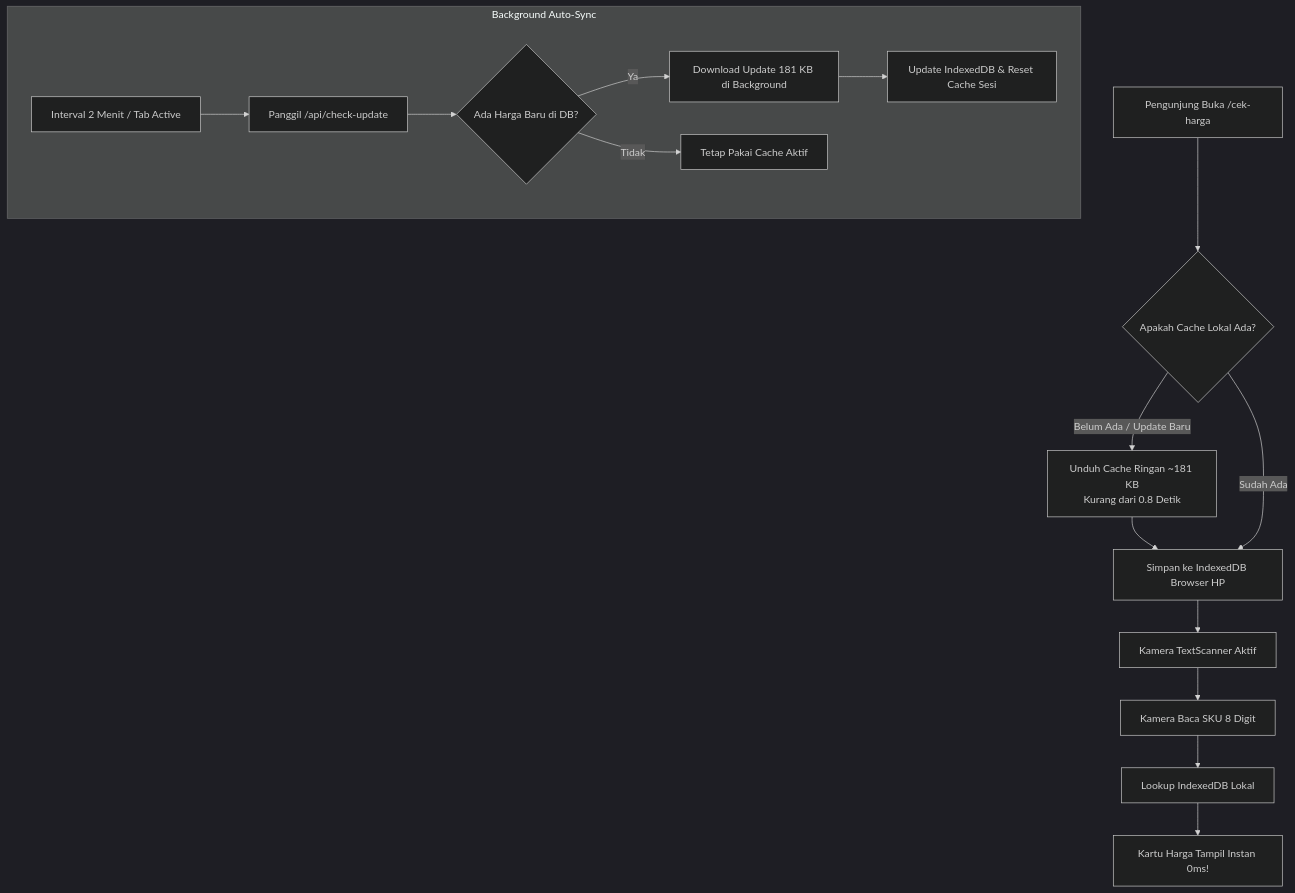
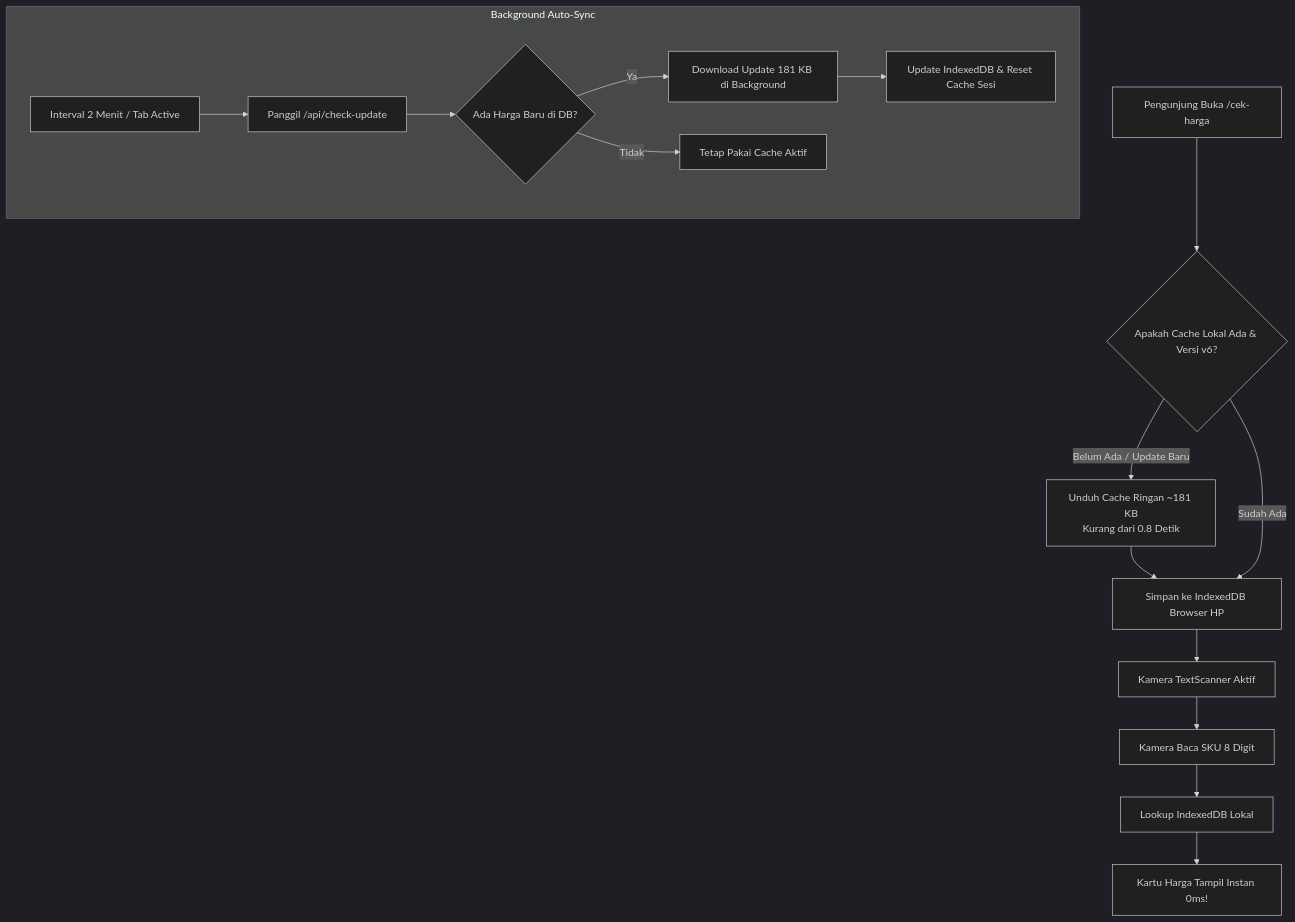
Before and after one commit to luqmanmenmen/CheckPrice: the diagram in WALKTHROUGH_KIOSK.md, drawn with Mermaid (dark theme). The commit also changed other lines of this file and 3 other files, not shown here.

Commit message:
fix(cek-harga): strip article code from product title and support UI/UX for BOGO, BXGY, 60% promo

````diff
--- a/WALKTHROUGH_KIOSK.md
+++ b/WALKTHROUGH_KIOSK.md
@@ -18,19 +20,19 @@
 ```mermaid
 flowchart TD
-    A[Pengunjung Buka /cek-harga] --> B{Apakah Cache Lokal Ada?}
+    A[Pengunjung Buka /cek-harga] --> B{Apakah Cache Lokal Ada & Versi v6?}
     B -- Belum Ada / Update Baru --> C[Unduh Cache Ringan ~181 KB\nKurang dari 0.8 Detik]
     C --> D[Simpan ke IndexedDB Browser HP]
     B -- Sudah Ada --> D
     D --> E[Kamera TextScanner Aktif]
     E --> F[Kamera Baca SKU 8 Digit]
     F --> G[Lookup IndexedDB Lokal]
     G --> H[Kartu Harga Tampil Instan 0ms!]
     
     subgraph Background Auto-Sync
         I[Interval 2 Menit / Tab Active] --> J[Panggil /api/check-update]
         J --> K{Ada Harga Baru di DB?}
         K -- Ya --> L[Download Update 181 KB di Background]
         L --> M[Update IndexedDB & Reset Cache Sesi]
         K -- Tidak --> N[Tetap Pakai Cache Aktif]
     end
 ```
````
